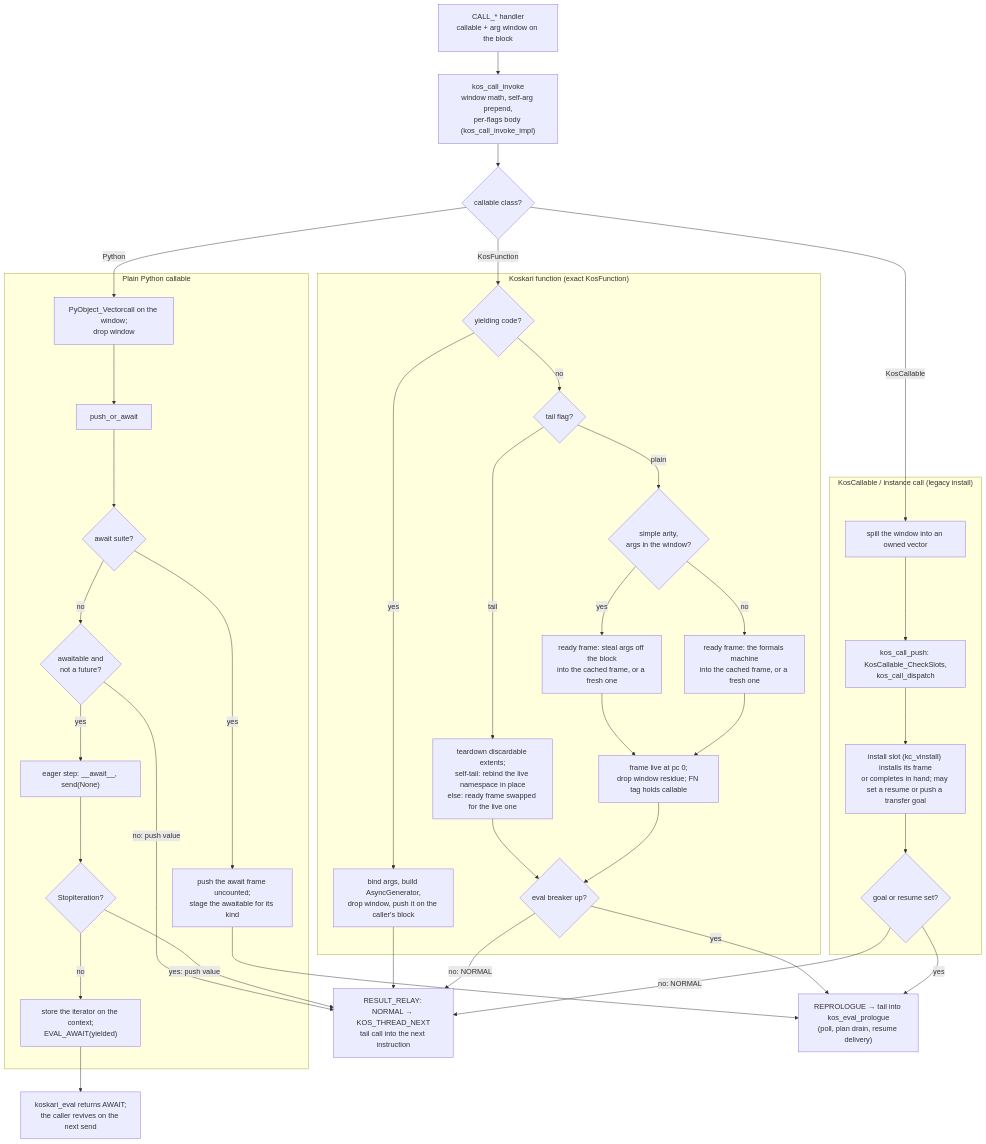
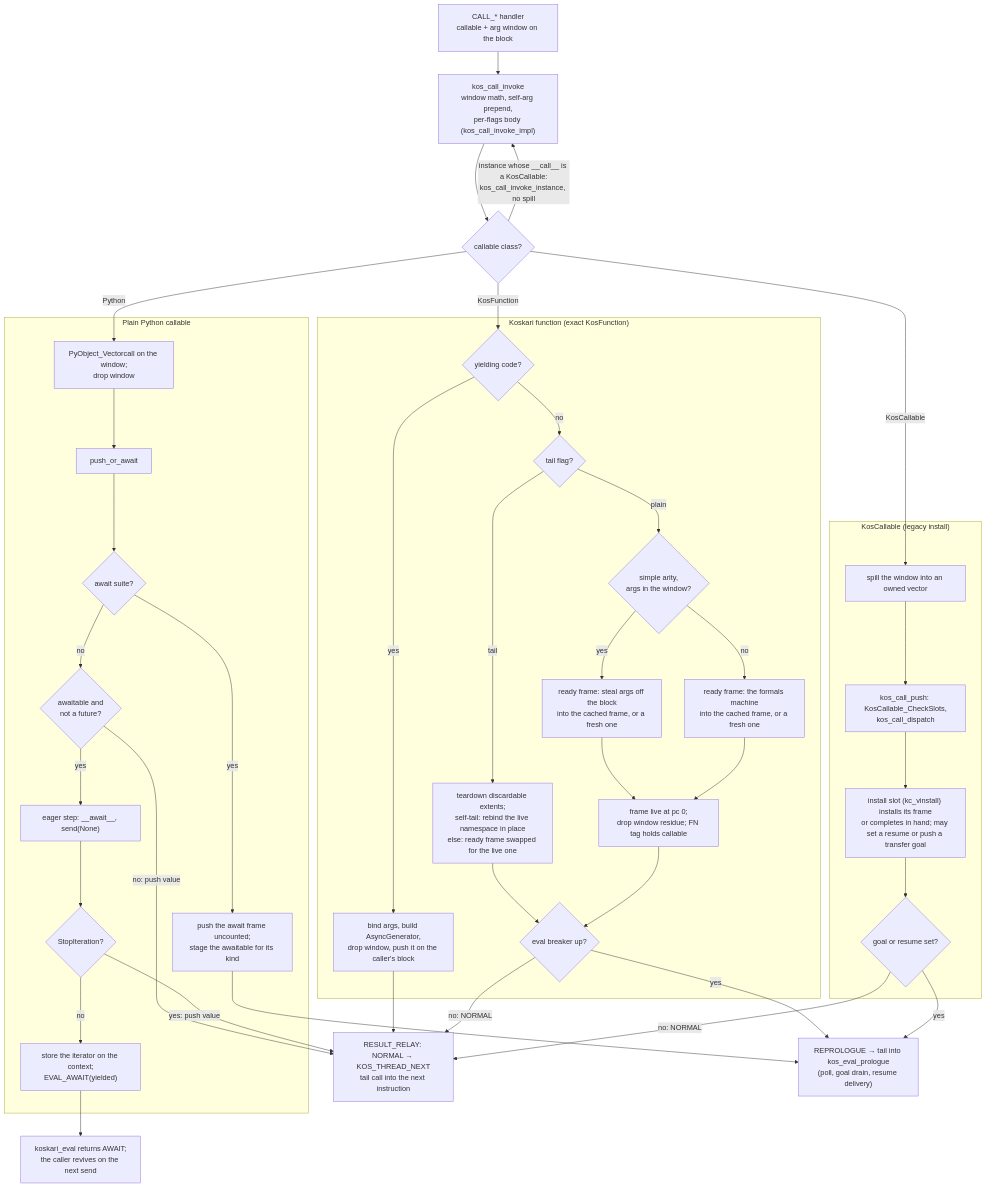
Before and after one commit to koskari-lang/koskari: diagram 11 of 12 in design/EVALUATOR.md, drawn with Mermaid. The commit also changed other lines of this file and 16 other files, not shown here.

````diff
--- a/design/EVALUATOR.md
+++ b/design/EVALUATOR.md
@@ -1236,64 +1305,65 @@
 ```mermaid
 flowchart TD
     op["CALL_* handler<br/>callable + arg window on the block"]
     inv["kos_call_invoke<br/>window math, self-arg prepend,<br/>per-flags body (kos_call_invoke_impl)"]
     cls{"callable class?"}
 
     subgraph kos["Koskari function (exact KosFunction)"]
         gen{"yielding code?"}
         agen["bind args, build AsyncGenerator,<br/>drop window, push it on the caller's block"]
         arity{"tail flag?"}
         tail["teardown discardable extents;<br/>self-tail: rebind the live namespace in place<br/>else: ready frame swapped for the live one"]
         simple{"simple arity,<br/>args in the window?"}
         steal["ready frame: steal args off the block<br/>into the cached frame, or a fresh one"]
         general["ready frame: the formals machine<br/>into the cached frame, or a fresh one"]
         inst["frame live at pc 0;<br/>drop window residue; FN tag holds callable"]
         coop{"eval breaker up?"}
     end
 
     subgraph py["Plain Python callable"]
         vc["PyObject_Vectorcall on the window;<br/>drop window"]
         poa["push_or_await"]
         suite{"await suite?"}
         aframe["push the await frame uncounted;<br/>stage the awaitable for its kind"]
         aw{"awaitable and<br/>not a future?"}
         eager["eager step: __await__, send(None)"]
         done{"StopIteration?"}
         susp["store the iterator on the context;<br/>EVAL_AWAIT(yielded)"]
     end
 
-    subgraph legacy["KosCallable / instance call (legacy install)"]
+    subgraph legacy["KosCallable (legacy install)"]
         spill["spill the window into an owned vector"]
         kcall["kos_call_push: KosCallable_CheckSlots,<br/>kos_call_dispatch"]
         slot["install slot (kc_vinstall) installs its frame<br/>or completes in hand; may set a resume or push a transfer goal"]
         pending{"goal or resume set?"}
     end
 
     relay["RESULT_RELAY: NORMAL → KOS_THREAD_NEXT<br/>tail call into the next instruction"]
-    repro["REPROLOGUE → tail into kos_eval_prologue<br/>(poll, plan drain, resume delivery)"]
+    repro["REPROLOGUE → tail into kos_eval_prologue<br/>(poll, goal drain, resume delivery)"]
     exit["koskari_eval returns AWAIT;<br/>the caller revives on the next send"]
 
     op --> inv --> cls
     cls -->|KosFunction| gen
     gen -->|yes| agen --> relay
     gen -->|no| arity
     arity -->|tail| tail --> coop
     arity -->|plain| simple
     simple -->|yes| steal --> inst
     simple -->|no| general --> inst
     inst --> coop
     coop -->|no: NORMAL| relay
     coop -->|yes| repro
 
     cls -->|Python| vc --> poa --> suite
     suite -->|yes| aframe --> repro
     suite -->|no| aw
     aw -->|no: push value| relay
     aw -->|yes| eager --> done
     done -->|yes: push value| relay
     done -->|no| susp --> exit
 
     cls -->|KosCallable| spill --> kcall --> slot --> pending
+    cls -->|"instance whose __call__ is a KosCallable:<br/>kos_call_invoke_instance, no spill"| inv
     pending -->|no: NORMAL| relay
     pending -->|yes| repro
 ```
````
